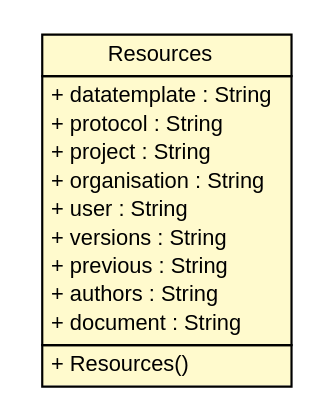
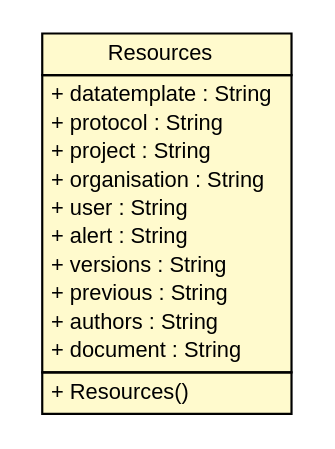
Before and after one commit to ToxBank/toxbank-api-beans: the diagram in apidocs/net/toxbank/client/Resources.dot, drawn with Graphviz. The commit also changed 536 other files, not shown here.

```diff
--- a/apidocs/net/toxbank/client/Resources.dot
+++ b/apidocs/net/toxbank/client/Resources.dot
@@ -1,30 +1,31 @@
 #!/usr/local/bin/dot
 #
 # Class diagram 
 # Generated by UmlGraph version 4.6 (http://www.spinellis.gr/sw/umlgraph)
 #
 
 digraph G {
 	edge [fontname="arial",fontsize=10,labelfontname="arial",labelfontsize=10];
 	node [fontname="arial",fontsize=10,shape=plaintext];
 	// net.toxbank.client.Resources
-	c700 [label=<<table border="0" cellborder="1" cellspacing="0" cellpadding="2" port="p" bgcolor="lemonChiffon" href="./Resources.html">
+	c817 [label=<<table border="0" cellborder="1" cellspacing="0" cellpadding="2" port="p" bgcolor="lemonChiffon" href="./Resources.html">
 		<tr><td><table border="0" cellspacing="0" cellpadding="1">
 			<tr><td> Resources </td></tr>
 		</table></td></tr>
 		<tr><td><table border="0" cellspacing="0" cellpadding="1">
 			<tr><td align="left"> + datatemplate : String </td></tr>
 			<tr><td align="left"> + protocol : String </td></tr>
 			<tr><td align="left"> + project : String </td></tr>
 			<tr><td align="left"> + organisation : String </td></tr>
 			<tr><td align="left"> + user : String </td></tr>
+			<tr><td align="left"> + alert : String </td></tr>
 			<tr><td align="left"> + versions : String </td></tr>
 			<tr><td align="left"> + previous : String </td></tr>
 			<tr><td align="left"> + authors : String </td></tr>
 			<tr><td align="left"> + document : String </td></tr>
 		</table></td></tr>
 		<tr><td><table border="0" cellspacing="0" cellpadding="1">
 			<tr><td align="left"> + Resources() </td></tr>
 		</table></td></tr>
 		</table>>, fontname="arial", fontcolor="black", fontsize=10.0];
 }
```
